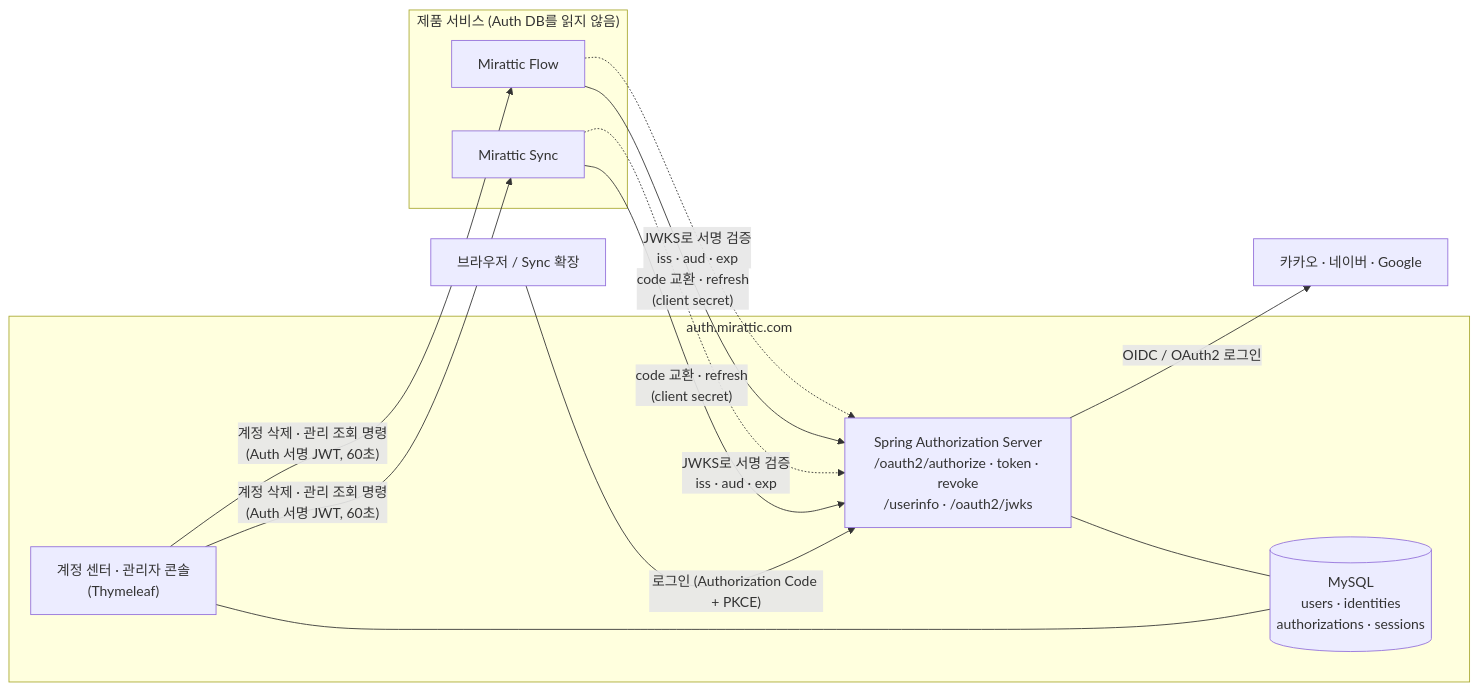
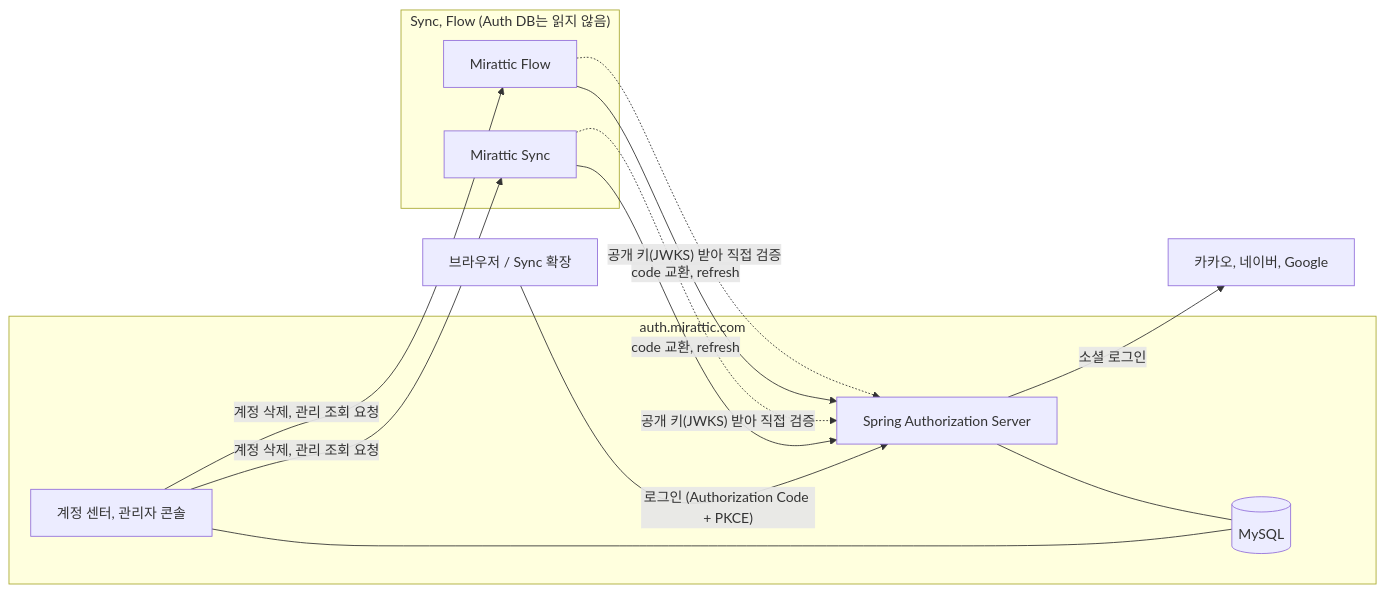
One commit to G1Se0k/mirattic-auth changed the diagram in README.md. Above: the diagram before and after it, drawn with Mermaid. The commit also changed other lines of this file, not shown here.

Commit message:
README rewritten in plain prose, with its limits said: open Sync sockets outlive a suspension until they reconnect, a stopped Auth leaves a deletion DISABLED, Sync's late-callback gap; signup enumeration as an accepted trade-off. Codex Sol: PASS.

````diff
--- a/README.md
+++ b/README.md
@@ -23,25 +22,25 @@
 ```mermaid
 flowchart LR
     U["브라우저 / Sync 확장"]
 
     subgraph auth["auth.mirattic.com"]
-        AS["Spring Authorization Server<br/>/oauth2/authorize · token · revoke<br/>/userinfo · /oauth2/jwks"]
-        AC["계정 센터 · 관리자 콘솔<br/>(Thymeleaf)"]
-        ADB[("MySQL<br/>users · identities<br/>authorizations · sessions")]
+        AS["Spring Authorization Server"]
+        AC["계정 센터, 관리자 콘솔"]
+        ADB[("MySQL")]
         AS --- ADB
         AC --- ADB
     end
 
-    subgraph products["제품 서비스 (Auth DB를 읽지 않음)"]
+    subgraph products["Sync, Flow (Auth DB는 읽지 않음)"]
         SY["Mirattic Sync"]
         FL["Mirattic Flow"]
     end
 
-    SOC["카카오 · 네이버 · Google"]
+    SOC["카카오, 네이버, Google"]
 
     U -->|"로그인 (Authorization Code + PKCE)"| AS
-    AS -->|"OIDC / OAuth2 로그인"| SOC
-    SY & FL -->|"code 교환 · refresh<br/>(client secret)"| AS
-    SY & FL -.->|"JWKS로 서명 검증<br/>iss · aud · exp"| AS
-    AC -->|"계정 삭제 · 관리 조회 명령<br/>(Auth 서명 JWT, 60초)"| SY & FL
+    AS -->|"소셜 로그인"| SOC
+    SY & FL -->|"code 교환, refresh"| AS
+    SY & FL -.->|"공개 키(JWKS) 받아 직접 검증"| AS
+    AC -->|"계정 삭제, 관리 조회 요청"| SY & FL
 ```
````
